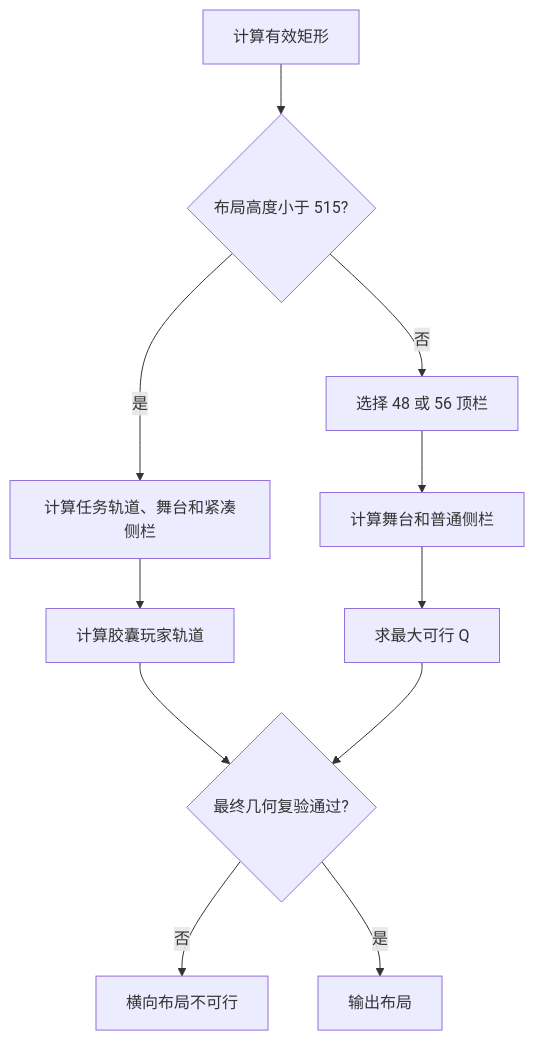
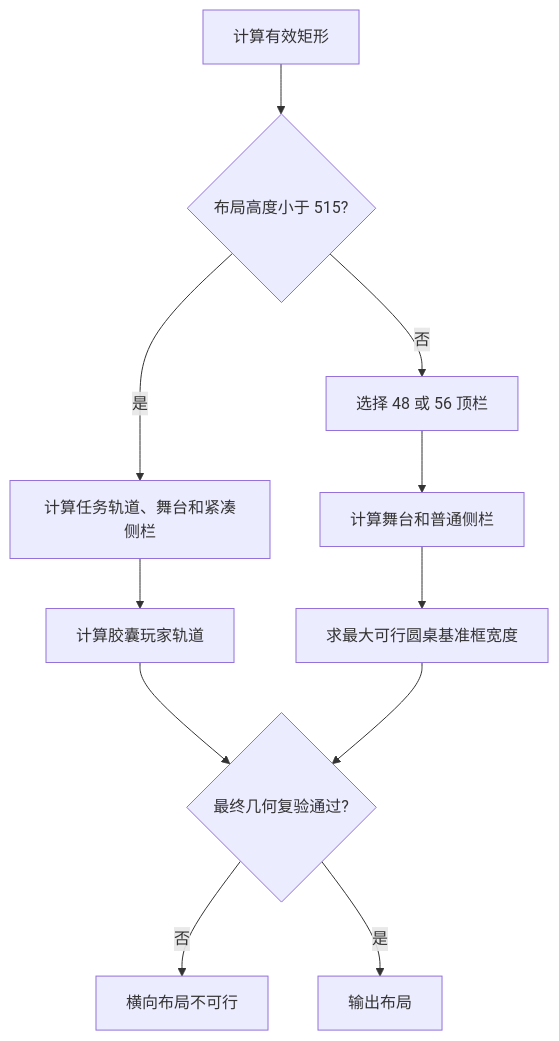
The diagram in docs/ui-layout/horizontal-layout.md (gene9831/avalon-boardgame), drawn with Mermaid before and after one commit. The commit also changed other lines of this file and 5 other files, not shown here.

````diff
--- a/docs/ui-layout/horizontal-layout.md
+++ b/docs/ui-layout/horizontal-layout.md
@@ -534,13 +620,13 @@
 ```mermaid
 flowchart TD
     A[计算有效矩形] --> B{布局高度小于 515?}
     B -- 是 --> C[计算任务轨道、舞台和紧凑侧栏]
     C --> D[计算胶囊玩家轨道]
     B -- 否 --> E[选择 48 或 56 顶栏]
     E --> F[计算舞台和普通侧栏]
-    F --> G[求最大可行 Q]
+    F --> G[求最大可行圆桌基准框宽度]
     D --> H{最终几何复验通过?}
     G --> H
     H -- 否 --> X[横向布局不可行]
     H -- 是 --> Y[输出布局]
 ```
````
